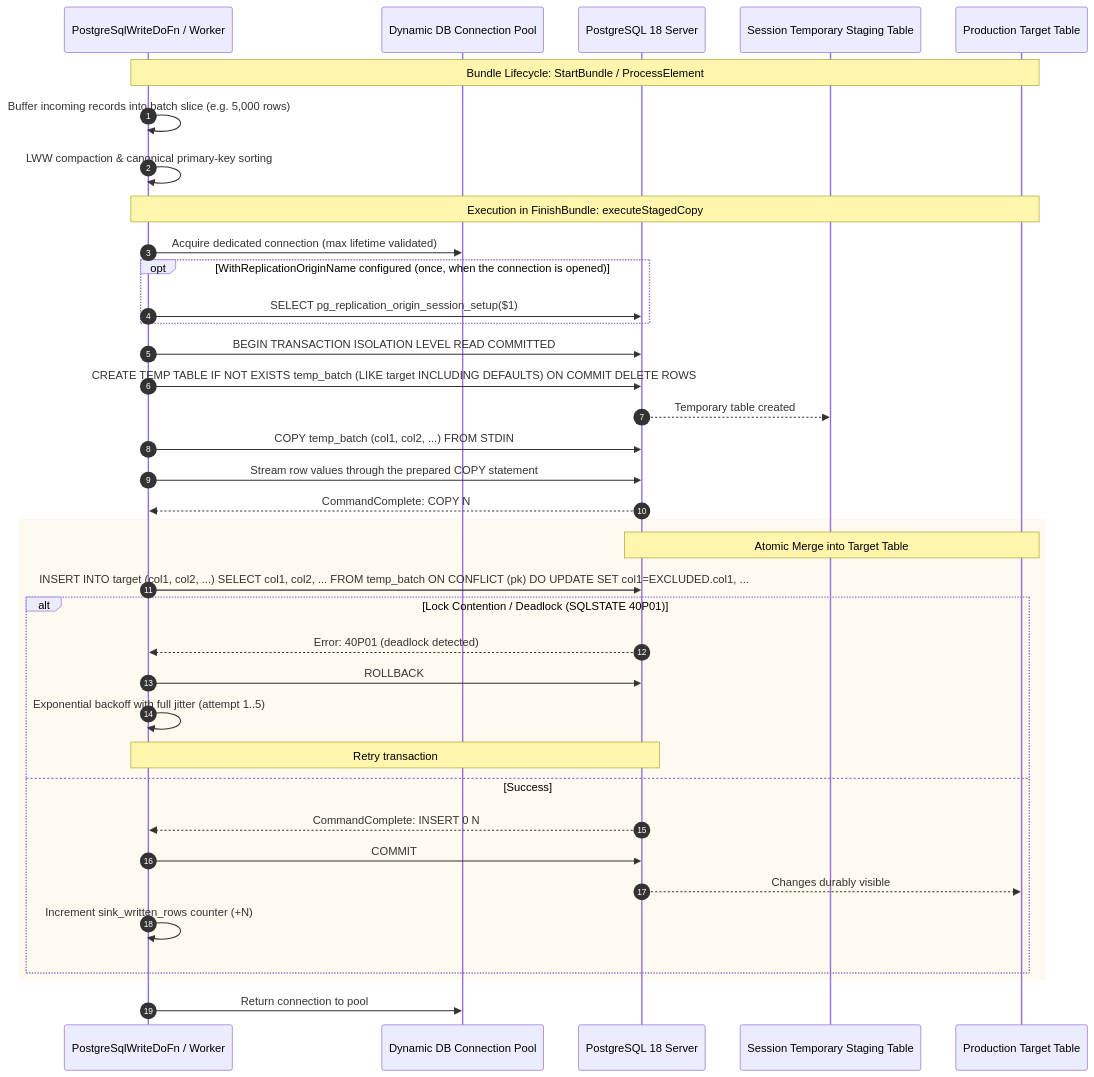
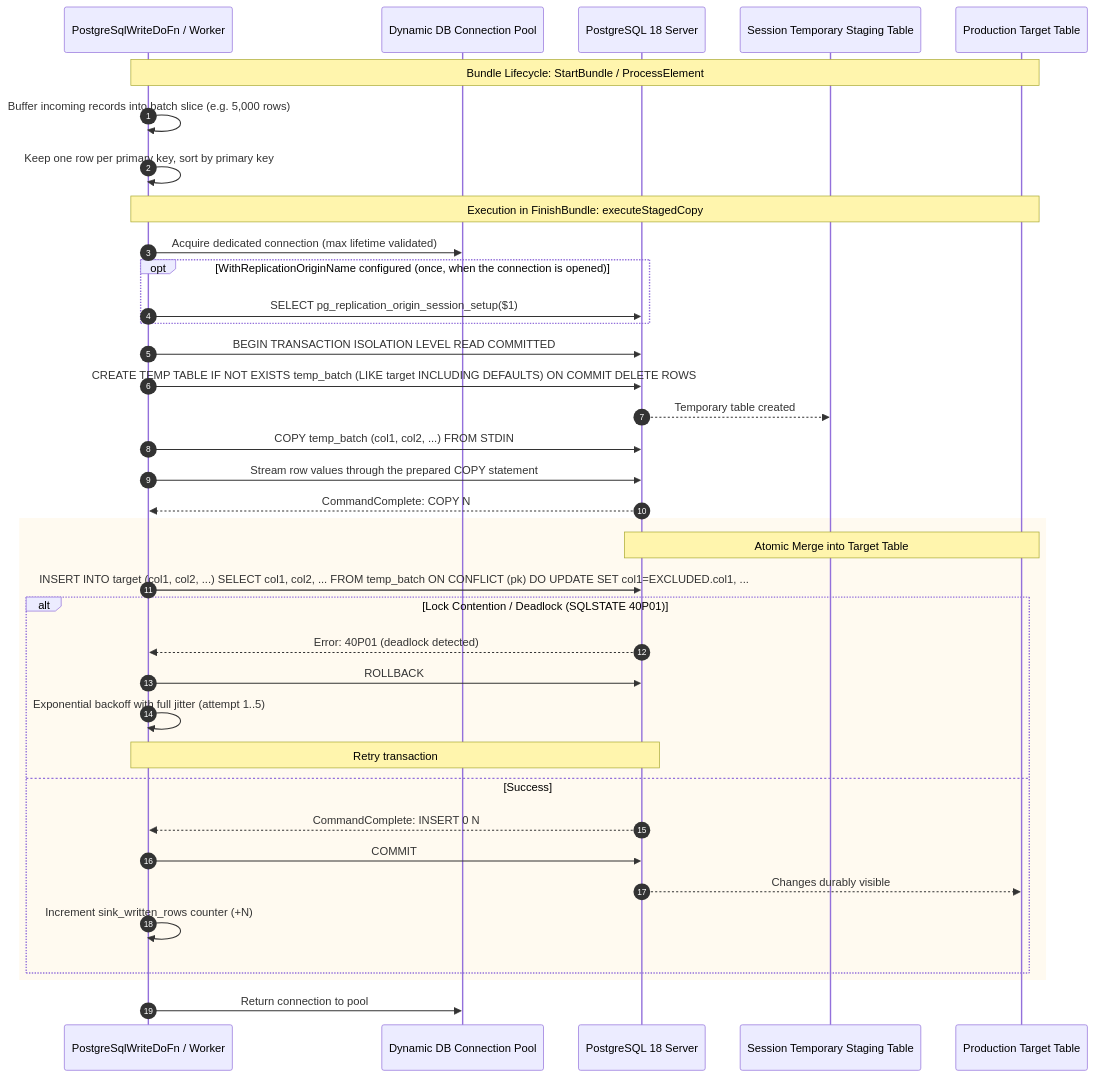
Before and after one commit to apache/beam: the diagram in sdks/go/pkg/beam/io/postgresio/CONTRIBUTING.md, drawn with Mermaid. The commit also changed other lines of this file and 4 other files, not shown here.

````diff
--- a/sdks/go/pkg/beam/io/postgresio/CONTRIBUTING.md
+++ b/sdks/go/pkg/beam/io/postgresio/CONTRIBUTING.md
@@ -33,46 +33,46 @@
 ```mermaid
 sequenceDiagram
     autonumber
     participant DoFn as PostgreSqlWriteDoFn / Worker
     participant Pool as Dynamic DB Connection Pool
     participant PG as PostgreSQL 18 Server
     participant Temp as Session Temporary Staging Table
     participant Target as Production Target Table
 
     Note over DoFn,Target: Bundle Lifecycle: StartBundle / ProcessElement
     DoFn->>DoFn: Buffer incoming records into batch slice (e.g. 5,000 rows)
-    DoFn->>DoFn: LWW compaction & canonical primary-key sorting
+    DoFn->>DoFn: Keep one row per primary key, sort by primary key
 
     Note over DoFn,Target: Execution in FinishBundle: executeStagedCopy
     DoFn->>Pool: Acquire dedicated connection (max lifetime validated)
 
     opt WithReplicationOriginName configured (once, when the connection is opened)
         DoFn->>PG: SELECT pg_replication_origin_session_setup($1)
     end
 
     DoFn->>PG: BEGIN TRANSACTION ISOLATION LEVEL READ COMMITTED
 
     DoFn->>PG: CREATE TEMP TABLE IF NOT EXISTS temp_batch (LIKE target INCLUDING DEFAULTS) ON COMMIT DELETE ROWS
     PG-->>Temp: Temporary table created
 
     DoFn->>PG: COPY temp_batch (col1, col2, ...) FROM STDIN
     DoFn->>PG: Stream row values through the prepared COPY statement
     PG-->>DoFn: CommandComplete: COPY N
 
     rect rgb(255, 250, 240)
         Note over PG,Target: Atomic Merge into Target Table
         DoFn->>PG: INSERT INTO target (col1, col2, ...) SELECT col1, col2, ... FROM temp_batch ON CONFLICT (pk) DO UPDATE SET col1=EXCLUDED.col1, ...
         alt Lock Contention / Deadlock (SQLSTATE 40P01)
             PG-->>DoFn: Error: 40P01 (deadlock detected)
             DoFn->>PG: ROLLBACK
             DoFn->>DoFn: Exponential backoff with full jitter (attempt 1..5)
             Note over DoFn,PG: Retry transaction
         else Success
             PG-->>DoFn: CommandComplete: INSERT 0 N
             DoFn->>PG: COMMIT
             PG-->>Target: Changes durably visible
             DoFn->>DoFn: Increment sink_written_rows counter (+N)
         end
     end
     DoFn->>Pool: Return connection to pool
 ```
````
